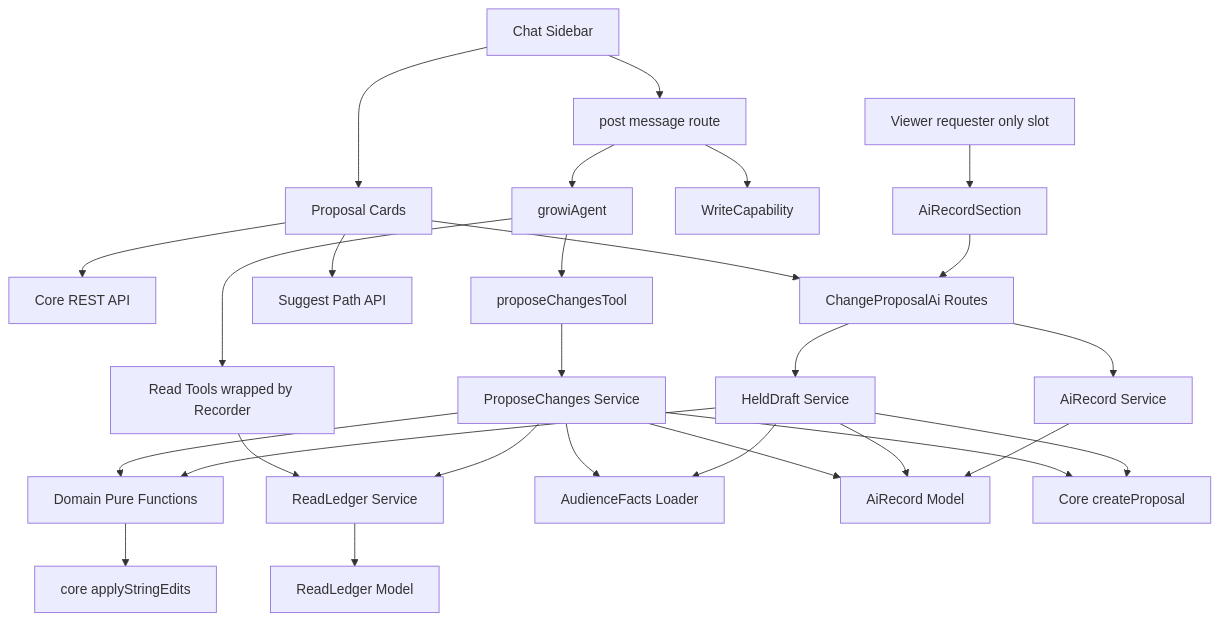
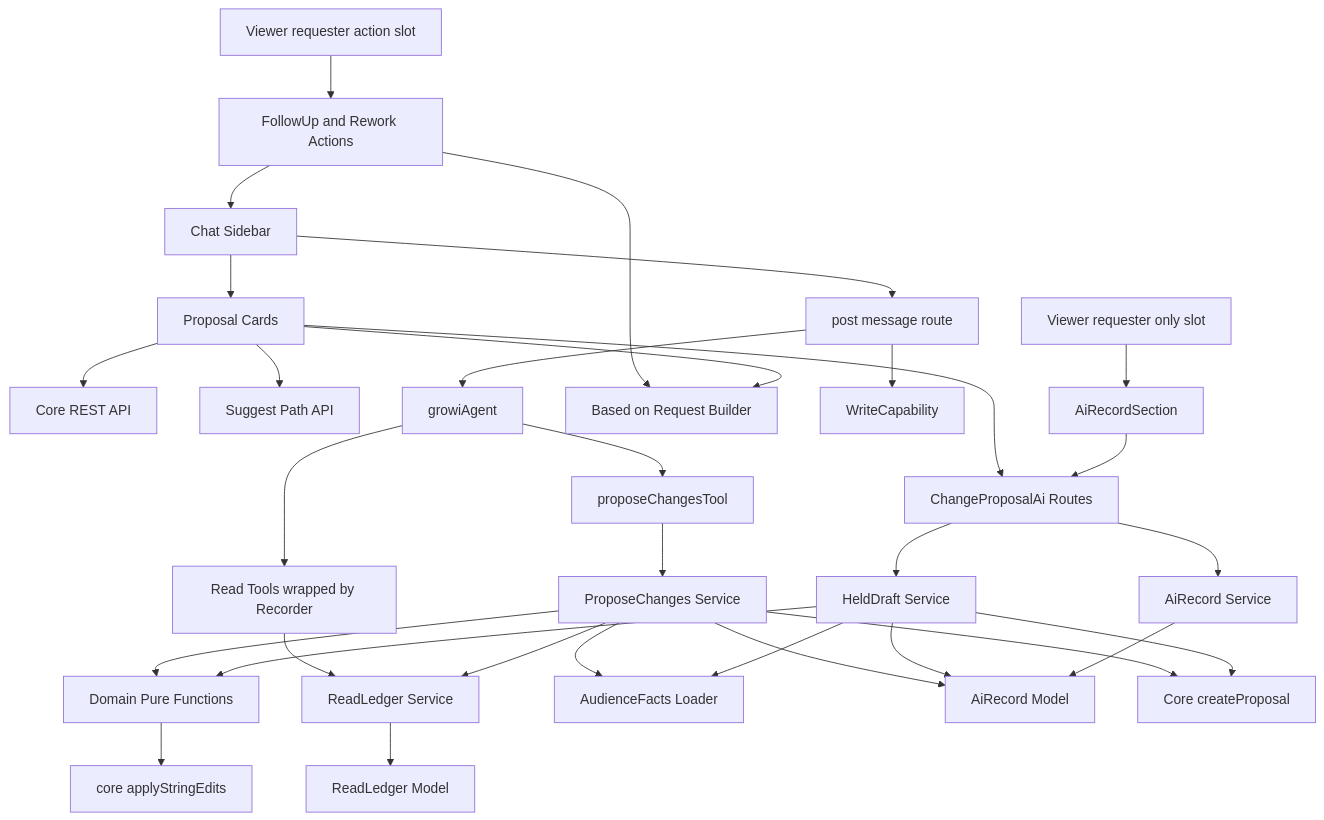
The first of 4 diagrams in .kiro/specs/change-proposal-ai-agent/design.md (growilabs/growi), drawn with Mermaid before and after one commit. The commit also changed other lines of this file and 17 other files, not shown here.

First line of the commit message:
docs(spec): use Prisma for change-proposal collections and add settle/follow-up/rework

````diff
--- a/.kiro/specs/change-proposal-ai-agent/design.md
+++ b/.kiro/specs/change-proposal-ai-agent/design.md
@@ -87,30 +97,34 @@
 ```mermaid
 graph TB
     ChatUi[Chat Sidebar] --> CardUi[Proposal Cards]
     CardUi --> CoreRest[Core REST API]
     CardUi --> AiRest[ChangeProposalAi Routes]
     CardUi --> SuggestRest[Suggest Path API]
     ViewerSlot[Viewer requester only slot] --> RecordUi[AiRecordSection]
     RecordUi --> AiRest
+    ViewerActionSlot[Viewer requester action slot] --> ActionUi[FollowUp and Rework Actions]
+    ActionUi --> RequestBuilder[Based on Request Builder]
+    CardUi --> RequestBuilder
+    ActionUi --> ChatUi
     ChatUi --> PostMessage[post message route]
     PostMessage --> Capability[WriteCapability]
     PostMessage --> Agent[growiAgent]
     Agent --> ReadTools[Read Tools wrapped by Recorder]
     Agent --> ProposeTool[proposeChangesTool]
     ReadTools --> Ledger[ReadLedger Service]
     ProposeTool --> ProposeSvc[ProposeChanges Service]
     AiRest --> DraftSvc[HeldDraft Service]
     AiRest --> RecordSvc[AiRecord Service]
     ProposeSvc --> Domain[Domain Pure Functions]
     ProposeSvc --> Audience[AudienceFacts Loader]
     ProposeSvc --> Ledger
     ProposeSvc --> RecordModel[AiRecord Model]
     ProposeSvc --> CoreSvc[Core createProposal]
     DraftSvc --> Domain
     DraftSvc --> Audience
     DraftSvc --> RecordModel
     DraftSvc --> CoreSvc
     RecordSvc --> RecordModel
     Ledger --> LedgerModel[ReadLedger Model]
     Domain --> StringEdits[core applyStringEdits]
 ```
````
